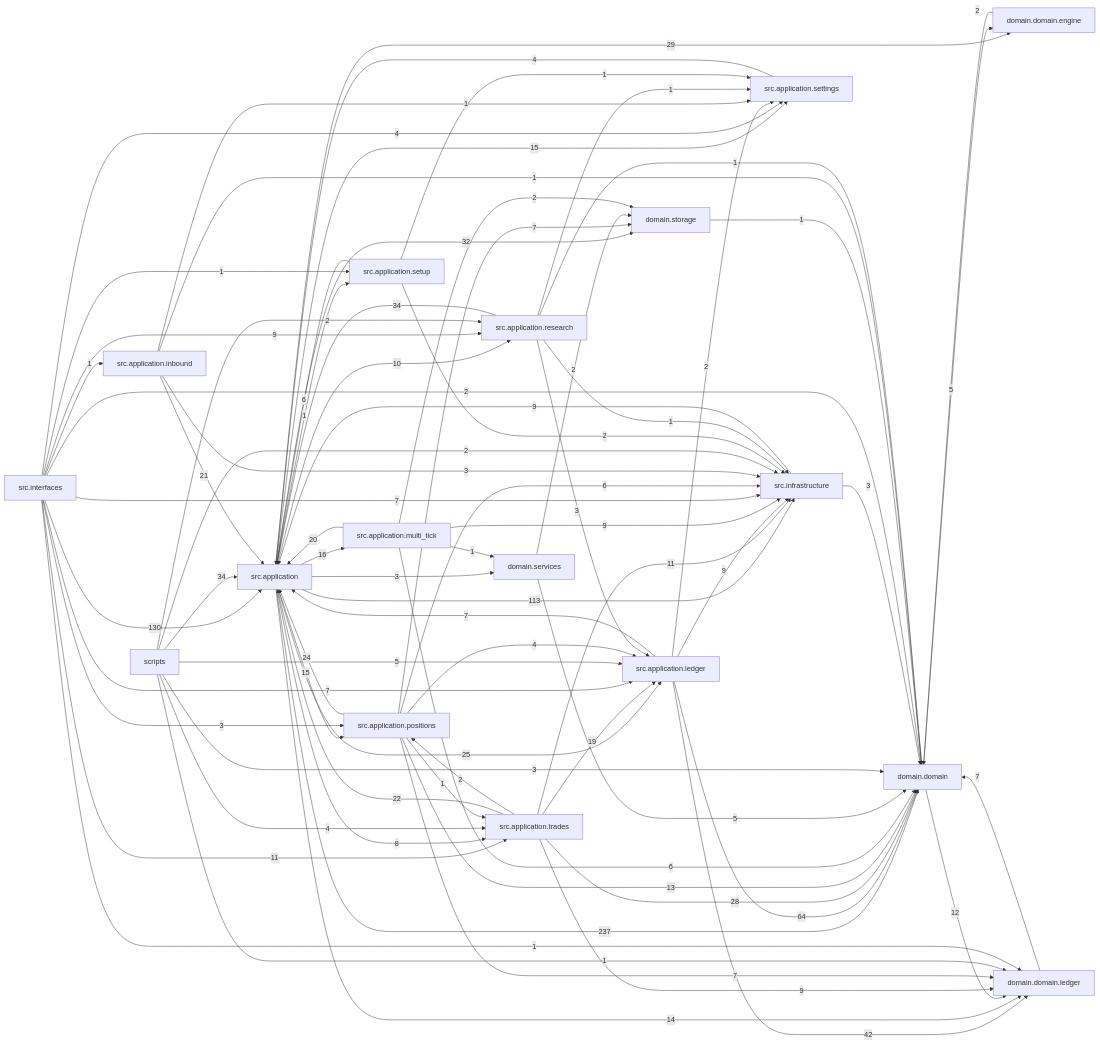
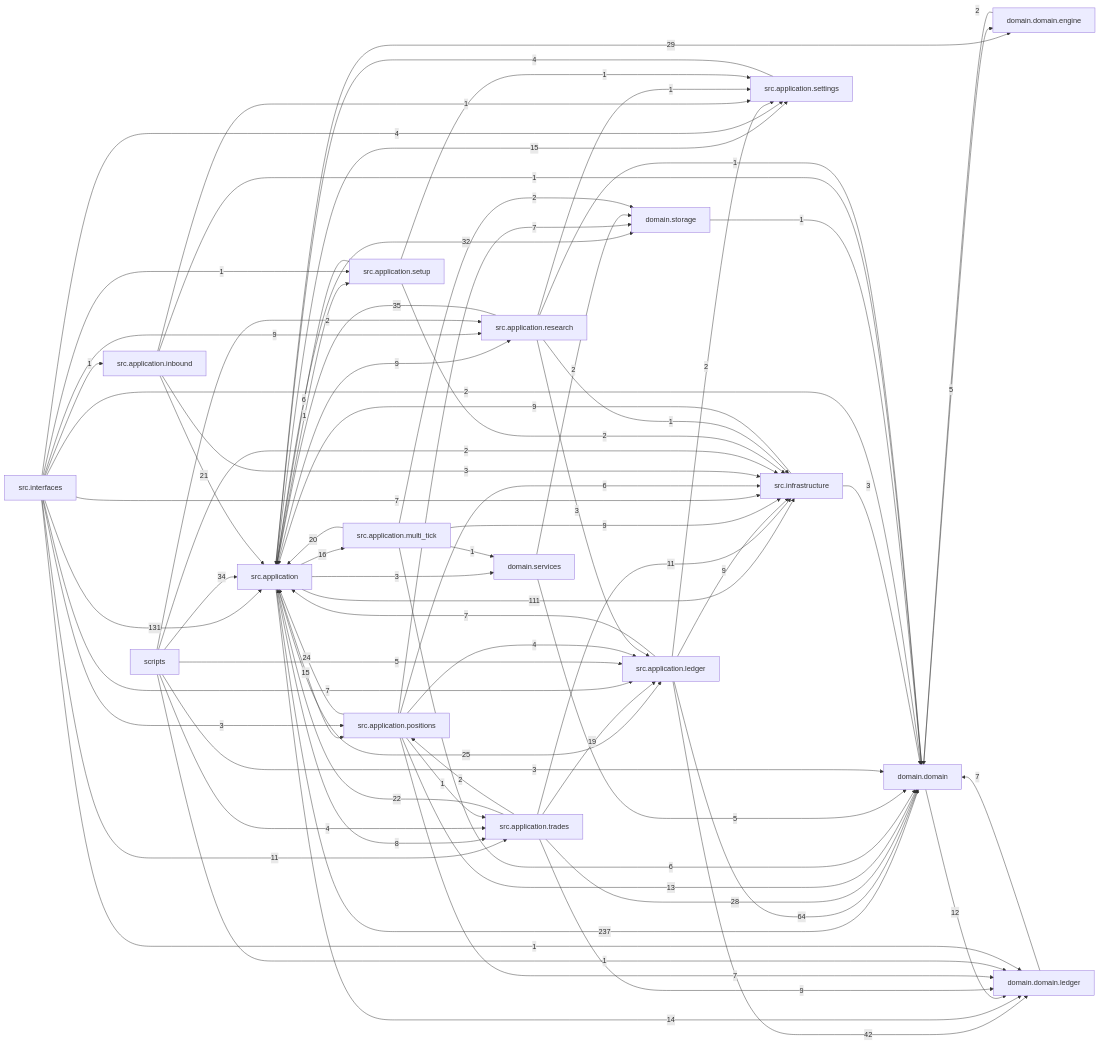
One commit to liuxie066/options-monitor changed the diagram in docs/dependency_graph.mmd. Above: the diagram before and after it, drawn with Mermaid. The commit also changed 37 other files, not shown here.

```diff
--- a/docs/dependency_graph.mmd
+++ b/docs/dependency_graph.mmd
@@ -1,77 +1,77 @@
 flowchart LR
   src_application["src.application"] -->|237| domain_domain["domain.domain"]
-  src_interfaces["src.interfaces"] -->|130| src_application["src.application"]
-  src_application["src.application"] -->|113| src_infrastructure["src.infrastructure"]
+  src_interfaces["src.interfaces"] -->|131| src_application["src.application"]
+  src_application["src.application"] -->|111| src_infrastructure["src.infrastructure"]
   src_application_ledger["src.application.ledger"] -->|64| domain_domain["domain.domain"]
   src_application_ledger["src.application.ledger"] -->|42| domain_domain_ledger["domain.domain.ledger"]
+  src_application_research["src.application.research"] -->|35| src_application["src.application"]
   scripts["scripts"] -->|34| src_application["src.application"]
-  src_application_research["src.application.research"] -->|34| src_application["src.application"]
   src_application["src.application"] -->|32| domain_storage["domain.storage"]
   src_application["src.application"] -->|29| domain_domain_engine["domain.domain.engine"]
   src_application_trades["src.application.trades"] -->|28| domain_domain["domain.domain"]
   src_application["src.application"] -->|25| src_application_ledger["src.application.ledger"]
   src_application_positions["src.application.positions"] -->|24| src_application["src.application"]
   src_application_trades["src.application.trades"] -->|22| src_application["src.application"]
   src_application_inbound["src.application.inbound"] -->|21| src_application["src.application"]
   src_application_multi_tick["src.application.multi_tick"] -->|20| src_application["src.application"]
   src_application_trades["src.application.trades"] -->|19| src_application_ledger["src.application.ledger"]
   src_application["src.application"] -->|16| src_application_multi_tick["src.application.multi_tick"]
   src_application["src.application"] -->|15| src_application_positions["src.application.positions"]
   src_application["src.application"] -->|15| src_application_settings["src.application.settings"]
   src_application["src.application"] -->|14| domain_domain_ledger["domain.domain.ledger"]
   src_application_positions["src.application.positions"] -->|13| domain_domain["domain.domain"]
   domain_domain["domain.domain"] -->|12| domain_domain_ledger["domain.domain.ledger"]
   src_application_trades["src.application.trades"] -->|11| src_infrastructure["src.infrastructure"]
   src_interfaces["src.interfaces"] -->|11| src_application_trades["src.application.trades"]
-  src_application["src.application"] -->|10| src_application_research["src.application.research"]
+  src_application["src.application"] -->|9| src_application_research["src.application.research"]
   src_application_ledger["src.application.ledger"] -->|9| src_infrastructure["src.infrastructure"]
   src_application_multi_tick["src.application.multi_tick"] -->|9| src_infrastructure["src.infrastructure"]
   src_application_trades["src.application.trades"] -->|9| domain_domain_ledger["domain.domain.ledger"]
   src_infrastructure["src.infrastructure"] -->|9| src_application["src.application"]
   src_interfaces["src.interfaces"] -->|9| src_application_research["src.application.research"]
   src_application["src.application"] -->|8| src_application_trades["src.application.trades"]
   domain_domain_ledger["domain.domain.ledger"] -->|7| domain_domain["domain.domain"]
   src_application_ledger["src.application.ledger"] -->|7| src_application["src.application"]
   src_application_positions["src.application.positions"] -->|7| domain_domain_ledger["domain.domain.ledger"]
   src_application_positions["src.application.positions"] -->|7| domain_storage["domain.storage"]
   src_interfaces["src.interfaces"] -->|7| src_application_ledger["src.application.ledger"]
   src_interfaces["src.interfaces"] -->|7| src_infrastructure["src.infrastructure"]
   src_application_multi_tick["src.application.multi_tick"] -->|6| domain_domain["domain.domain"]
   src_application_positions["src.application.positions"] -->|6| src_infrastructure["src.infrastructure"]
   src_application_setup["src.application.setup"] -->|6| src_application["src.application"]
   domain_domain["domain.domain"] -->|5| domain_domain_engine["domain.domain.engine"]
   domain_services["domain.services"] -->|5| domain_domain["domain.domain"]
   scripts["scripts"] -->|5| src_application_ledger["src.application.ledger"]
   scripts["scripts"] -->|4| src_application_trades["src.application.trades"]
   src_application_positions["src.application.positions"] -->|4| src_application_ledger["src.application.ledger"]
   src_application_settings["src.application.settings"] -->|4| src_application["src.application"]
   src_interfaces["src.interfaces"] -->|4| src_application_settings["src.application.settings"]
   scripts["scripts"] -->|3| domain_domain["domain.domain"]
   src_application["src.application"] -->|3| domain_services["domain.services"]
   src_application_inbound["src.application.inbound"] -->|3| src_infrastructure["src.infrastructure"]
   src_application_research["src.application.research"] -->|3| src_application_ledger["src.application.ledger"]
   src_infrastructure["src.infrastructure"] -->|3| domain_domain["domain.domain"]
   src_interfaces["src.interfaces"] -->|3| src_application_positions["src.application.positions"]
   domain_domain_engine["domain.domain.engine"] -->|2| domain_domain["domain.domain"]
   domain_services["domain.services"] -->|2| domain_storage["domain.storage"]
   scripts["scripts"] -->|2| src_application_research["src.application.research"]
   scripts["scripts"] -->|2| src_infrastructure["src.infrastructure"]
   src_application_ledger["src.application.ledger"] -->|2| src_application_settings["src.application.settings"]
   src_application_multi_tick["src.application.multi_tick"] -->|2| domain_storage["domain.storage"]
   src_application_setup["src.application.setup"] -->|2| src_infrastructure["src.infrastructure"]
   src_application_trades["src.application.trades"] -->|2| src_application_positions["src.application.positions"]
   src_interfaces["src.interfaces"] -->|2| domain_domain["domain.domain"]
   domain_storage["domain.storage"] -->|1| domain_domain["domain.domain"]
   scripts["scripts"] -->|1| domain_domain_ledger["domain.domain.ledger"]
   src_application["src.application"] -->|1| src_application_setup["src.application.setup"]
   src_application_inbound["src.application.inbound"] -->|1| domain_domain["domain.domain"]
   src_application_inbound["src.application.inbound"] -->|1| src_application_settings["src.application.settings"]
   src_application_multi_tick["src.application.multi_tick"] -->|1| domain_services["domain.services"]
   src_application_positions["src.application.positions"] -->|1| src_application_trades["src.application.trades"]
   src_application_research["src.application.research"] -->|1| domain_domain["domain.domain"]
   src_application_research["src.application.research"] -->|1| src_application_settings["src.application.settings"]
   src_application_research["src.application.research"] -->|1| src_infrastructure["src.infrastructure"]
   src_application_setup["src.application.setup"] -->|1| src_application_settings["src.application.settings"]
   src_interfaces["src.interfaces"] -->|1| domain_domain_ledger["domain.domain.ledger"]
   src_interfaces["src.interfaces"] -->|1| src_application_inbound["src.application.inbound"]
   src_interfaces["src.interfaces"] -->|1| src_application_setup["src.application.setup"]
```
